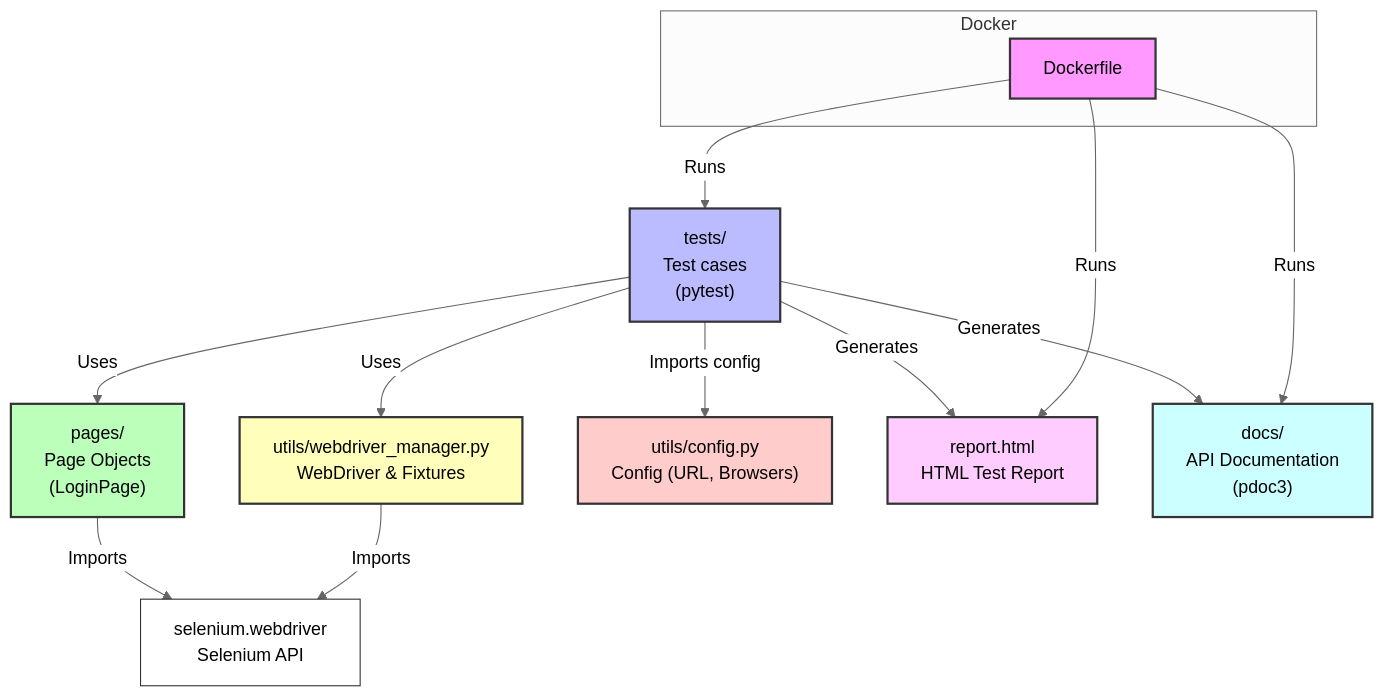
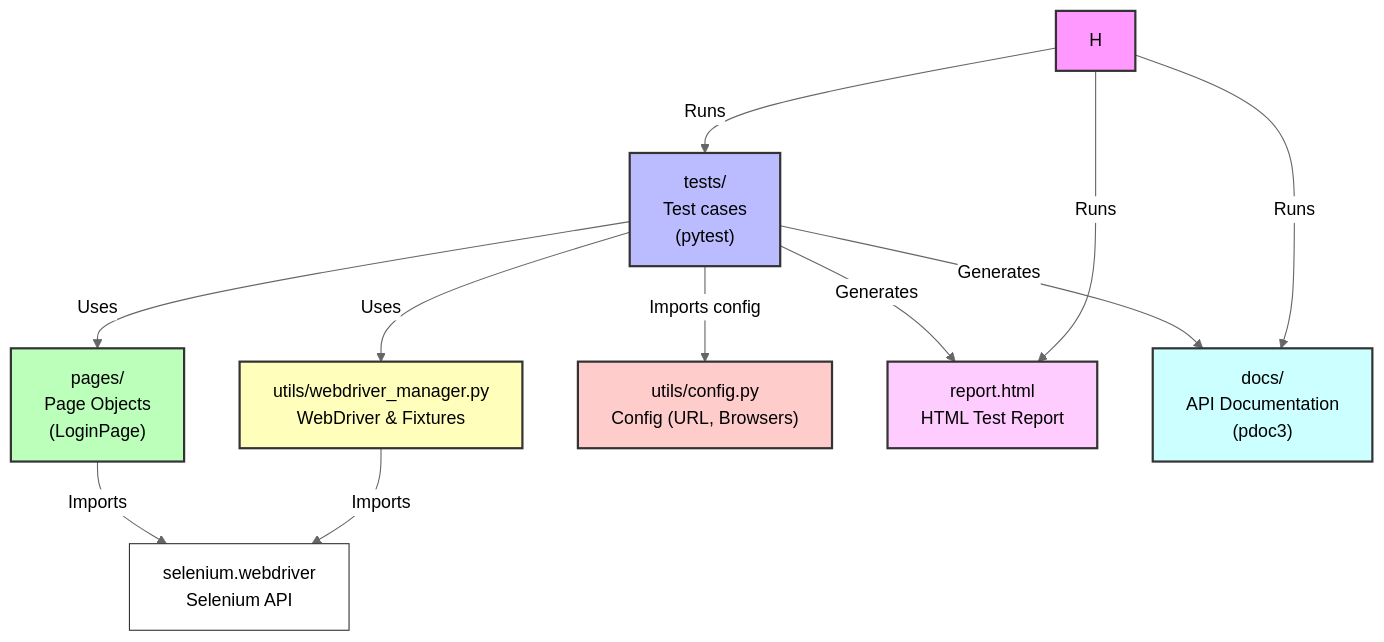
The diagram in README.md (devendersharma-mset/python-selenium-hudl), drawn with Mermaid (neutral theme) before and after one commit. The commit also changed other lines of this file and 3 other files, not shown here.

````diff
--- a/README.md
+++ b/README.md
@@ -260,24 +193,21 @@
 ```mermaid
 flowchart TD
     A["tests/\nTest cases\n(pytest)"] -->|"Uses"| B["pages/\nPage Objects\n(LoginPage)"]
     A -->|"Uses"| C["utils/webdriver_manager.py\nWebDriver & Fixtures"]
     B -->|"Imports"| D["selenium.webdriver\nSelenium API"]
     C -->|"Imports"| D
     A -->|"Imports config"| E["utils/config.py\nConfig (URL, Browsers)"]
     A -->|"Generates"| F["report.html\nHTML Test Report"]
     A -->|"Generates"| G["docs/\nAPI Documentation\n(pdoc3)"]
-    subgraph Docker
-        H["Dockerfile"]
-    end
     H -->|"Runs"| A
     H -->|"Runs"| F
     H -->|"Runs"| G
     style H fill:#f9f,stroke:#333,stroke-width:2
     style A fill:#bbf,stroke:#333,stroke-width:2
     style B fill:#bfb,stroke:#333,stroke-width:2
     style C fill:#ffb,stroke:#333,stroke-width:2
     style D fill:#fff,stroke:#333,stroke-width:1
     style E fill:#fcc,stroke:#333,stroke-width:2
     style F fill:#fcf,stroke:#333,stroke-width:2
     style G fill:#cff,stroke:#333,stroke-width:2
 ```
````
